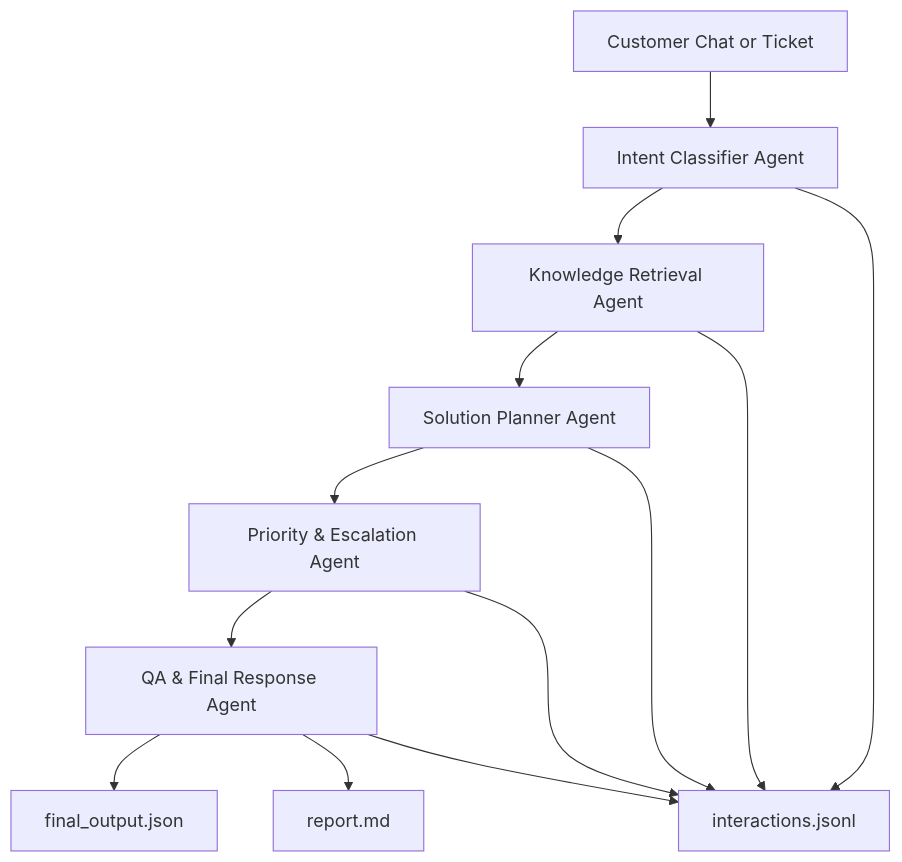
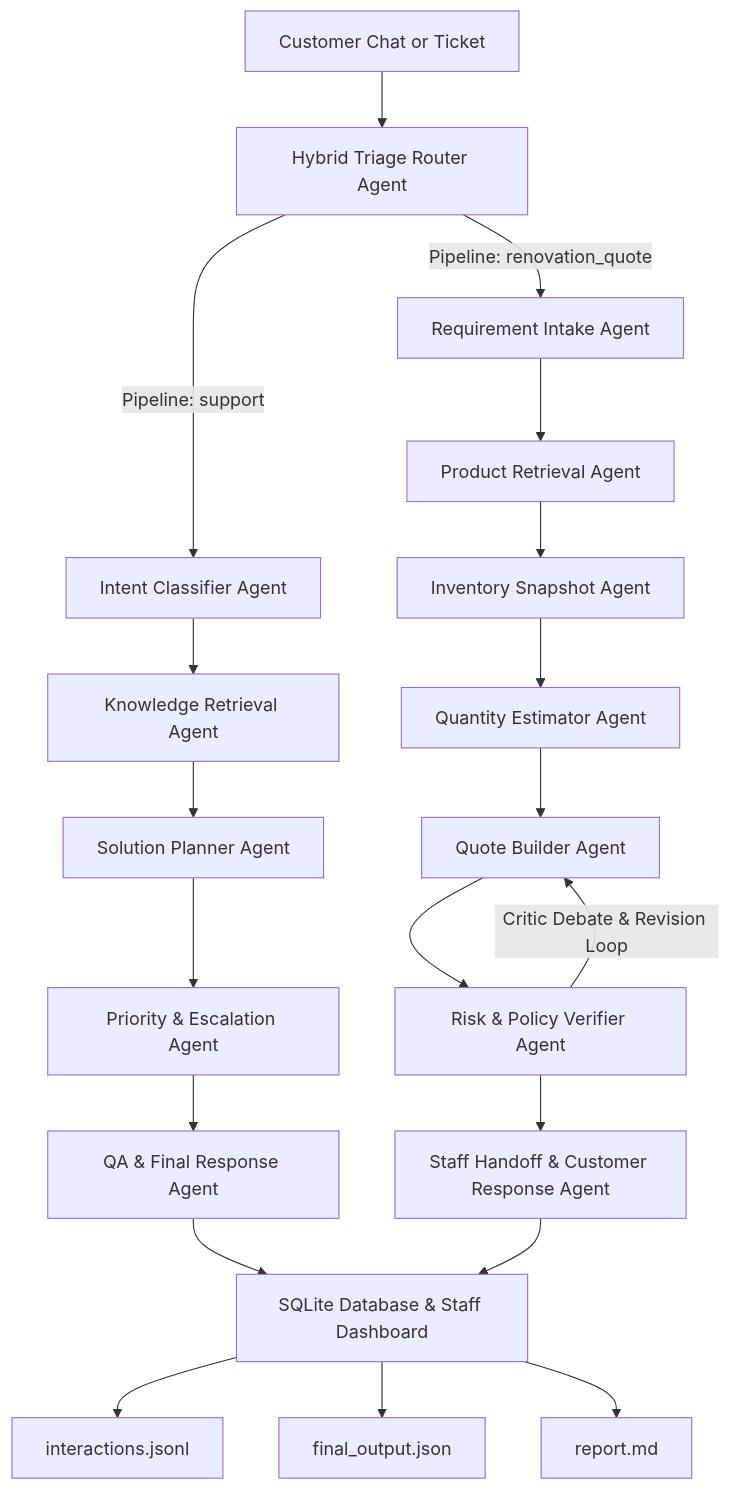
Before and after one commit to Jalu-Er/qhome-ai-agent: the diagram in docs/architecture.md, drawn with Mermaid. The commit also changed other lines of this file and 28 other files, not shown here.

````diff
--- a/docs/architecture.md
+++ b/docs/architecture.md
@@ -7,15 +13,27 @@
 ```mermaid
 flowchart TD
-    A[Customer Chat or Ticket] --> B[Intent Classifier Agent]
-    B --> C[Knowledge Retrieval Agent]
-    C --> D[Solution Planner Agent]
-    D --> E[Priority & Escalation Agent]
-    E --> F[QA & Final Response Agent]
-    F --> G[final_output.json]
-    F --> H[report.md]
-    B --> I[interactions.jsonl]
-    C --> I
-    D --> I
-    E --> I
-    F --> I
+    A[Customer Chat or Ticket] --> B[Hybrid Triage Router Agent]
+    
+    %% Triage Decision
+    B -->|Pipeline: support| C1[Intent Classifier Agent]
+    C1 --> C2[Knowledge Retrieval Agent]
+    C2 --> C3[Solution Planner Agent]
+    C3 --> C4[Priority & Escalation Agent]
+    C4 --> C5[QA & Final Response Agent]
+    C5 --> H[SQLite Database & Staff Dashboard]
+    
+    B -->|Pipeline: renovation_quote| D1[Requirement Intake Agent]
+    D1 --> D2[Product Retrieval Agent]
+    D2 --> D3[Inventory Snapshot Agent]
+    D3 --> D4[Quantity Estimator Agent]
+    D4 --> D5[Quote Builder Agent]
+    D5 --> D6[Risk & Policy Verifier Agent]
+    D6 -->|Critic Debate & Revision Loop| D5
+    D6 --> D7[Staff Handoff & Customer Response Agent]
+    D7 --> H
+    
+    %% Output Logging
+    H --> I[interactions.jsonl]
+    H --> J[final_output.json]
+    H --> K[report.md]
 ```
````
